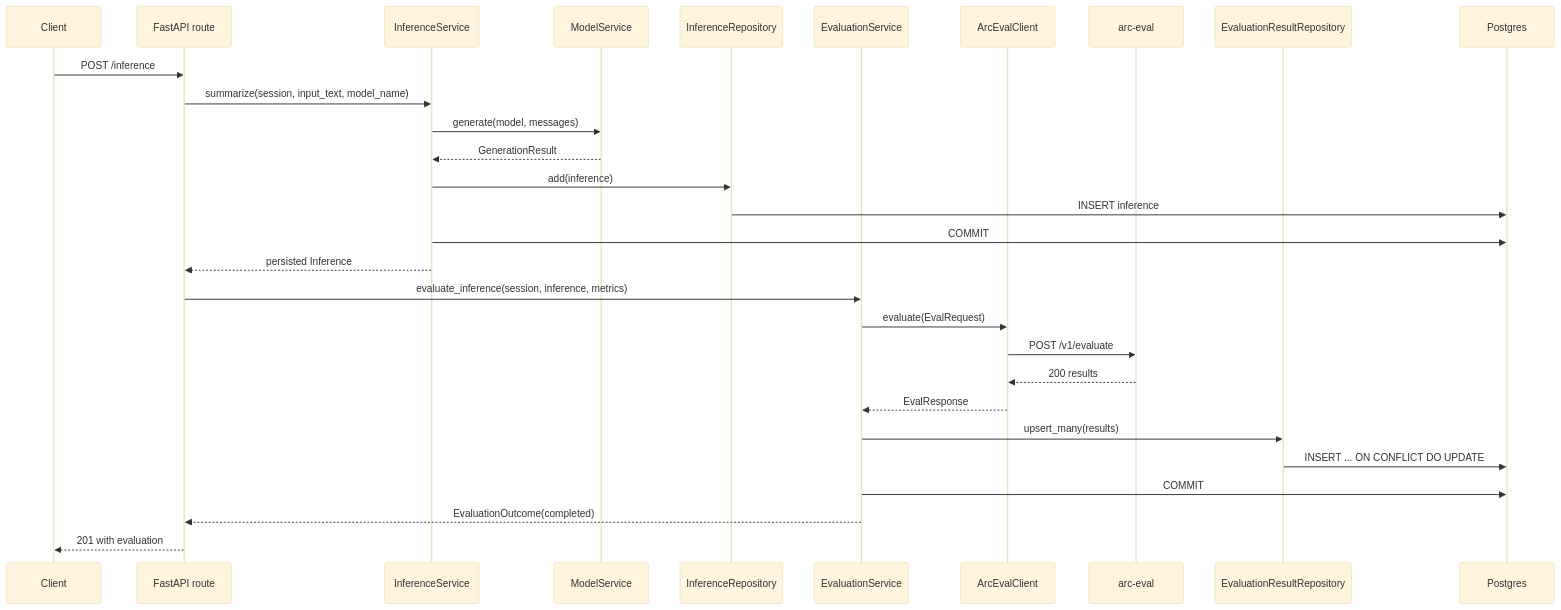
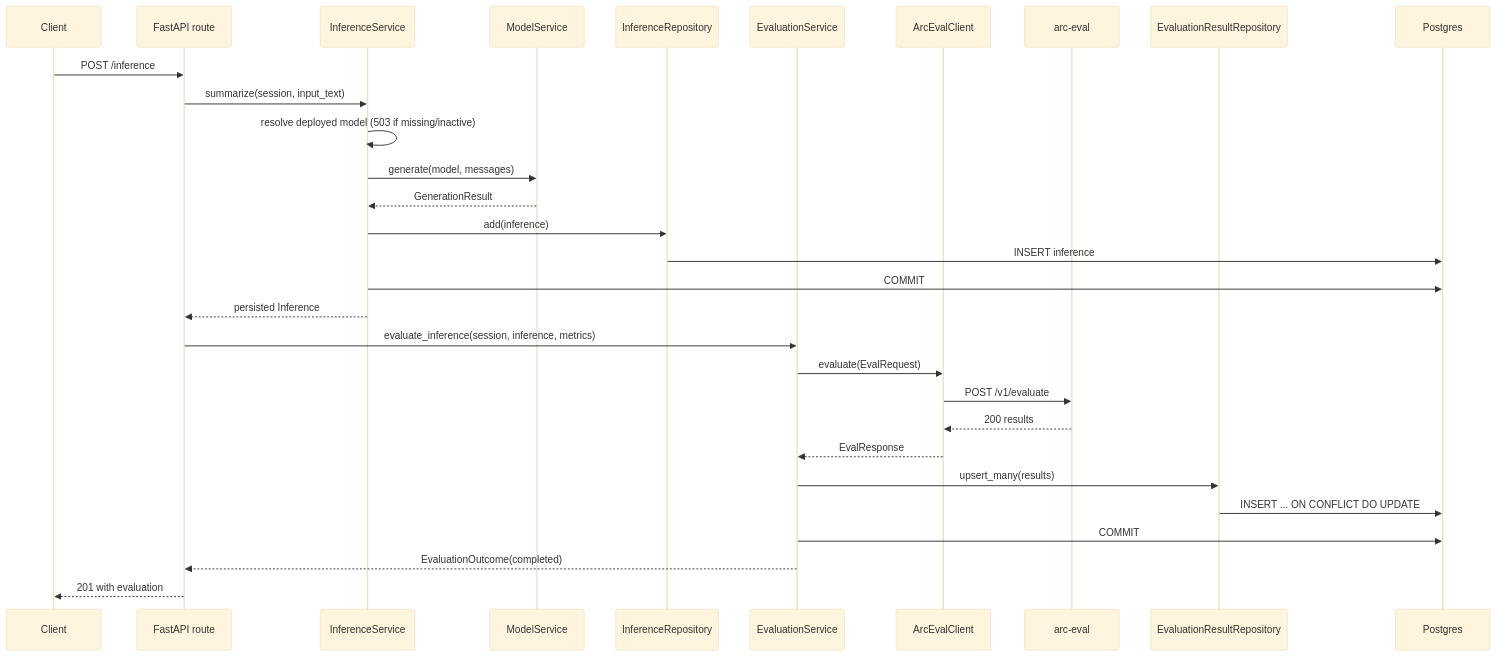
Before and after one commit to DimitarAtanassov/arc-model-lab: the second of 5 diagrams in docs/dataflow.md, drawn with Mermaid (base theme). The commit also changed 26 other files, not shown here.

````diff
--- a/docs/dataflow.md
+++ b/docs/dataflow.md
@@ -56,33 +56,34 @@
 ```mermaid
 sequenceDiagram
     participant Client
     participant API as FastAPI route
     participant Inf as InferenceService
     participant MS as ModelService
     participant IRepo as InferenceRepository
     participant Eval as EvaluationService
     participant AEC as ArcEvalClient
     participant Arc as arc-eval
     participant ERepo as EvaluationResultRepository
     participant DB as Postgres
 
     Client->>API: POST /inference
-    API->>Inf: summarize(session, input_text, model_name)
+    API->>Inf: summarize(session, input_text)
+    Inf->>Inf: resolve deployed model (503 if missing/inactive)
     Inf->>MS: generate(model, messages)
     MS-->>Inf: GenerationResult
     Inf->>IRepo: add(inference)
     IRepo->>DB: INSERT inference
     Inf->>DB: COMMIT
     Inf-->>API: persisted Inference
 
     API->>Eval: evaluate_inference(session, inference, metrics)
     Eval->>AEC: evaluate(EvalRequest)
     AEC->>Arc: POST /v1/evaluate
     Arc-->>AEC: 200 results
     AEC-->>Eval: EvalResponse
     Eval->>ERepo: upsert_many(results)
     ERepo->>DB: INSERT ... ON CONFLICT DO UPDATE
     Eval->>DB: COMMIT
     Eval-->>API: EvaluationOutcome(completed)
     API-->>Client: 201 with evaluation
 ```
````
